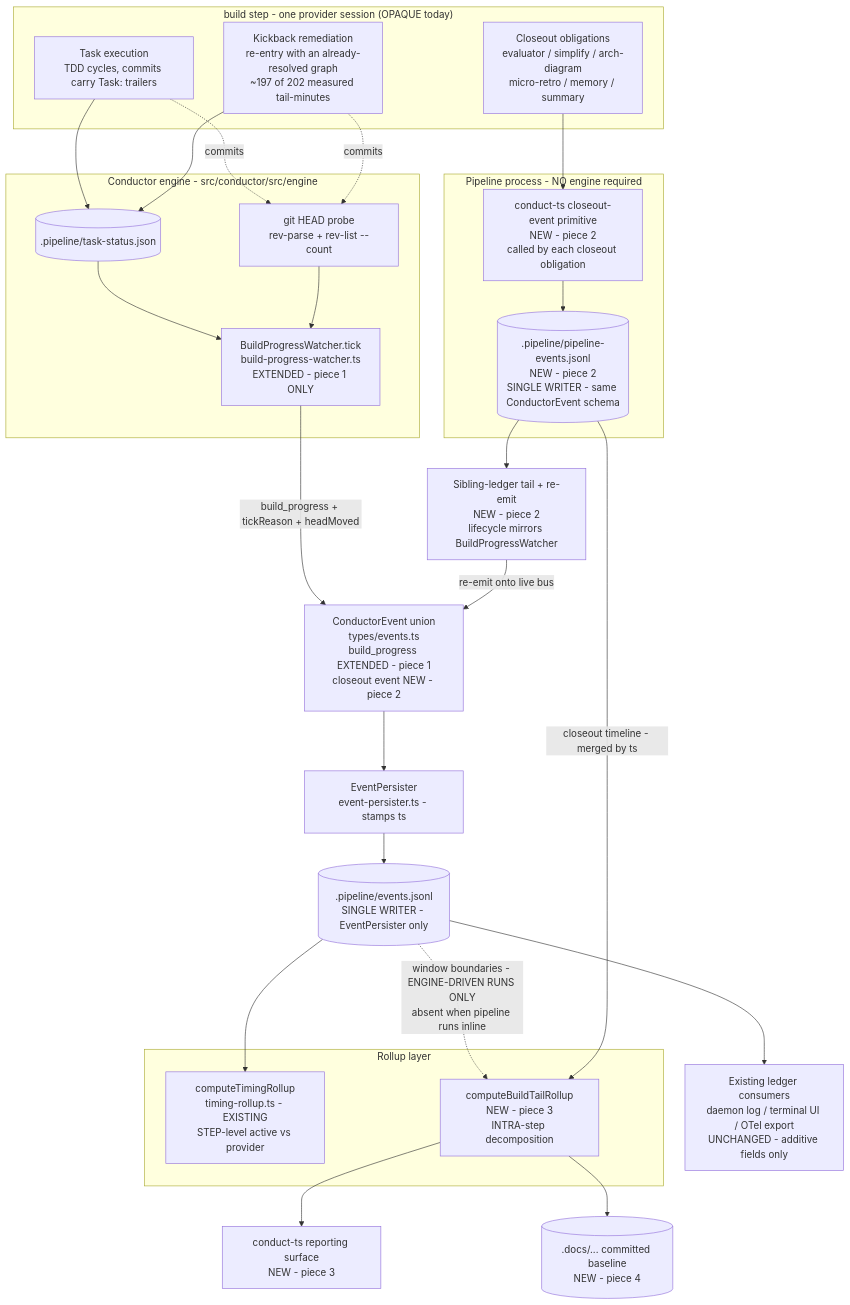
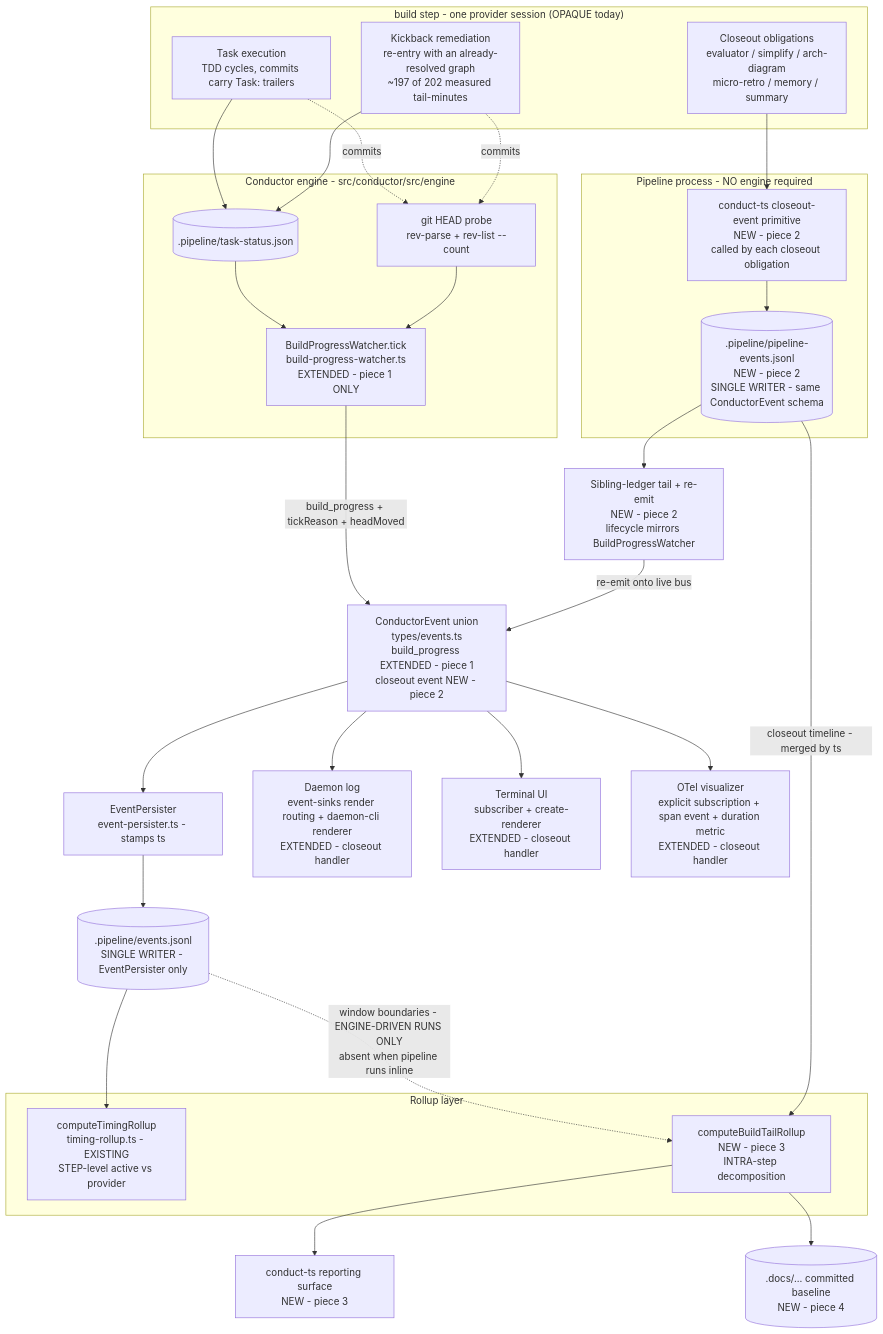
The first of 2 diagrams in .docs/architecture/build-post-task-tail-telemetry.md (jstoup111/ai-conductor), drawn with Mermaid before and after one commit. The commit also changed other lines of this file and 1 other file, not shown here.

Commit message:
docs(plan): add closeout live-consumer wiring

````diff
--- a/.docs/architecture/build-post-task-tail-telemetry.md
+++ b/.docs/architecture/build-post-task-tail-telemetry.md
@@ -14,56 +24,60 @@
 ```mermaid
 graph TD
     subgraph Session["build step - one provider session (OPAQUE today)"]
         TASKS["Task execution<br/>TDD cycles, commits carry Task: trailers"]
         REMED["Kickback remediation<br/>re-entry with an already-resolved graph<br/>~197 of 202 measured tail-minutes"]
         CLOSE["Closeout obligations<br/>evaluator / simplify / arch-diagram<br/>micro-retro / memory / summary"]
     end
 
     subgraph PipeSide["Pipeline process - NO engine required"]
         CLIP["conduct-ts closeout-event primitive<br/>NEW - piece 2<br/>called by each closeout obligation"]
         PLEDGER[(".pipeline/pipeline-events.jsonl<br/>NEW - piece 2<br/>SINGLE WRITER - same ConductorEvent schema")]
     end
 
     subgraph Engine["Conductor engine - src/conductor/src/engine"]
         STATUS[(".pipeline/task-status.json")]
         HEAD["git HEAD probe<br/>rev-parse + rev-list --count"]
         WATCH["BuildProgressWatcher.tick<br/>build-progress-watcher.ts<br/>EXTENDED - piece 1 ONLY"]
     end
 
     BUS["ConductorEvent union<br/>types/events.ts<br/>build_progress EXTENDED - piece 1<br/>closeout event NEW - piece 2"]
     PERS["EventPersister<br/>event-persister.ts - stamps ts"]
     LEDGER[(".pipeline/events.jsonl<br/>SINGLE WRITER - EventPersister only")]
     TAILER["Sibling-ledger tail + re-emit<br/>NEW - piece 2<br/>lifecycle mirrors BuildProgressWatcher"]
 
     subgraph Rollups["Rollup layer"]
         TIMING["computeTimingRollup<br/>timing-rollup.ts - EXISTING<br/>STEP-level active vs provider"]
         TAIL["computeBuildTailRollup<br/>NEW - piece 3<br/>INTRA-step decomposition"]
     end
 
     CLI["conduct-ts reporting surface<br/>NEW - piece 3"]
     BASE[(".docs/... committed baseline<br/>NEW - piece 4")]
 
-    CONSUMERS["Existing ledger consumers<br/>daemon log / terminal UI / OTel export<br/>UNCHANGED - additive fields only"]
+    DAEMON["Daemon log<br/>event-sinks render routing + daemon-cli renderer<br/>EXTENDED - closeout handler"]
+    UI["Terminal UI<br/>subscriber + create-renderer<br/>EXTENDED - closeout handler"]
+    OTEL["OTel visualizer<br/>explicit subscription + span event + duration metric<br/>EXTENDED - closeout handler"]
 
     TASKS --> STATUS
     REMED --> STATUS
     TASKS -. commits .-> HEAD
     REMED -. commits .-> HEAD
     CLOSE --> CLIP
     CLIP --> PLEDGER
 
     STATUS --> WATCH
     HEAD --> WATCH
 
     WATCH -- "build_progress + tickReason + headMoved" --> BUS
     BUS --> PERS
     PERS --> LEDGER
     LEDGER --> TIMING
     LEDGER -. "window boundaries - ENGINE-DRIVEN RUNS ONLY<br/>absent when pipeline runs inline" .-> TAIL
     PLEDGER -- "closeout timeline - merged by ts" --> TAIL
     PLEDGER --> TAILER
     TAILER -- "re-emit onto live bus" --> BUS
-    LEDGER --> CONSUMERS
+    BUS --> DAEMON
+    BUS --> UI
+    BUS --> OTEL
     TAIL --> CLI
     TAIL --> BASE
 ```
````
